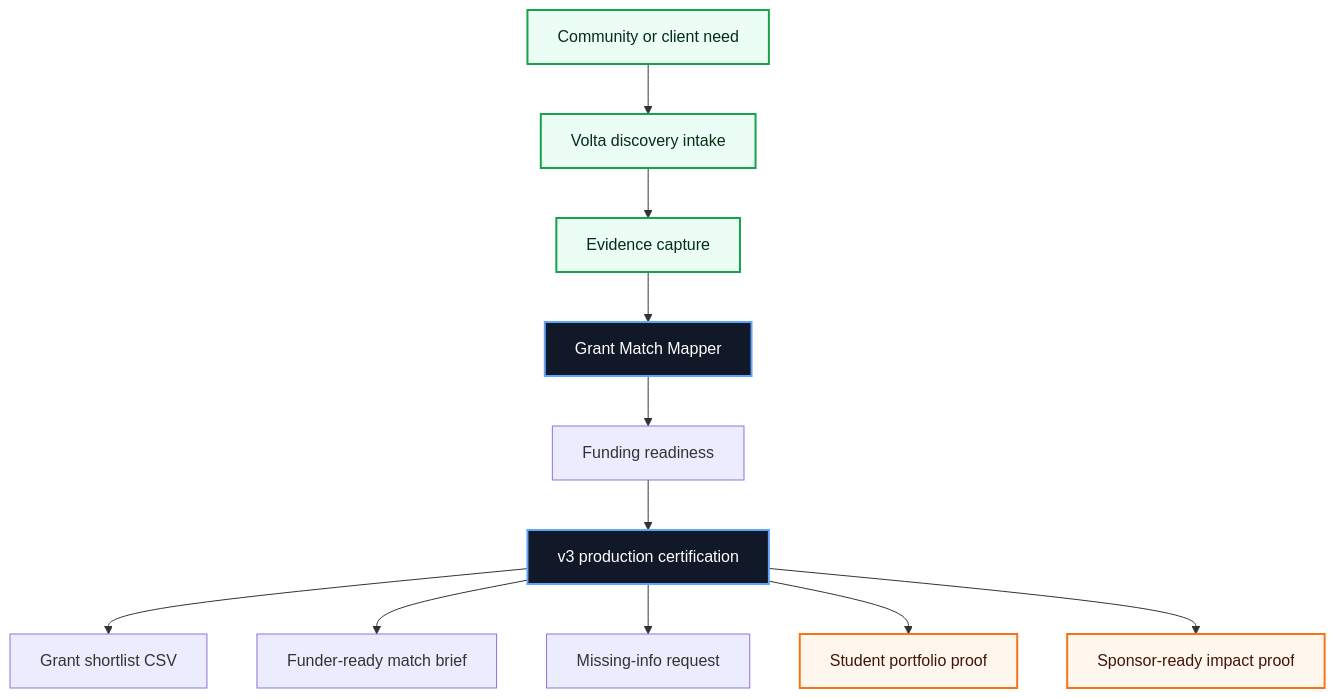
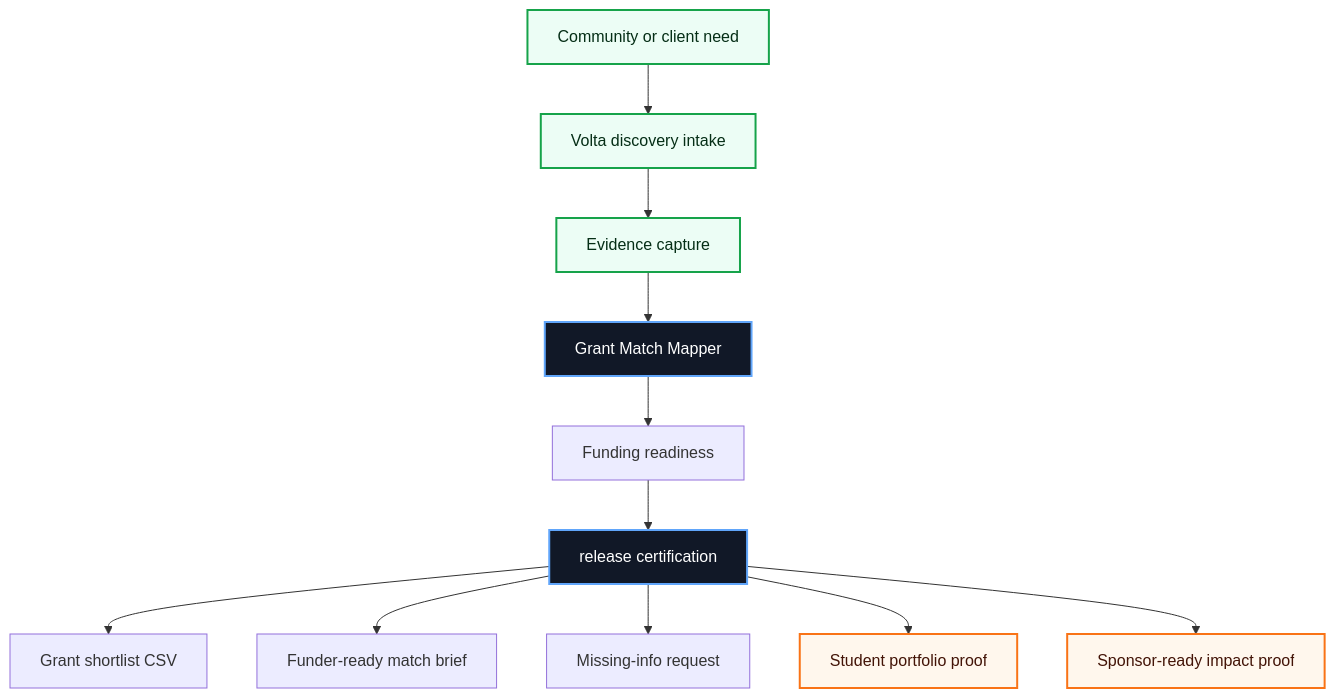
The first of 3 diagrams in README.md (volta-npo/grant-match-mapper), drawn with Mermaid before and after one commit. The commit also changed other lines of this file and 28 other files, not shown here.

````diff
--- a/README.md
+++ b/README.md
@@ -43,20 +43,20 @@
 ```mermaid
 flowchart TD
     Need["Community or client need"] --> Intake["Volta discovery intake"]
     Intake --> Evidence["Evidence capture"]
     Evidence --> Workbench["Grant Match Mapper"]
     Workbench --> Score["Funding readiness"]
-    Score --> Cert["v3 production certification"]
+    Score --> Cert["release certification"]
     Cert --> A1["Grant shortlist CSV"]
     Cert --> A2["Funder-ready match brief"]
     Cert --> A3["Missing-info request"]
     Cert --> Student["Student portfolio proof"]
     Cert --> Sponsor["Sponsor-ready impact proof"]
 
     classDef volta fill:#111827,stroke:#60a5fa,color:#ffffff,stroke-width:2px;
     classDef equity fill:#ecfdf5,stroke:#16a34a,color:#052e16,stroke-width:2px;
     classDef proof fill:#fff7ed,stroke:#f97316,color:#431407,stroke-width:2px;
     class Workbench,Cert volta;
     class Need,Intake,Evidence equity;
     class Student,Sponsor proof;
 ```
````
